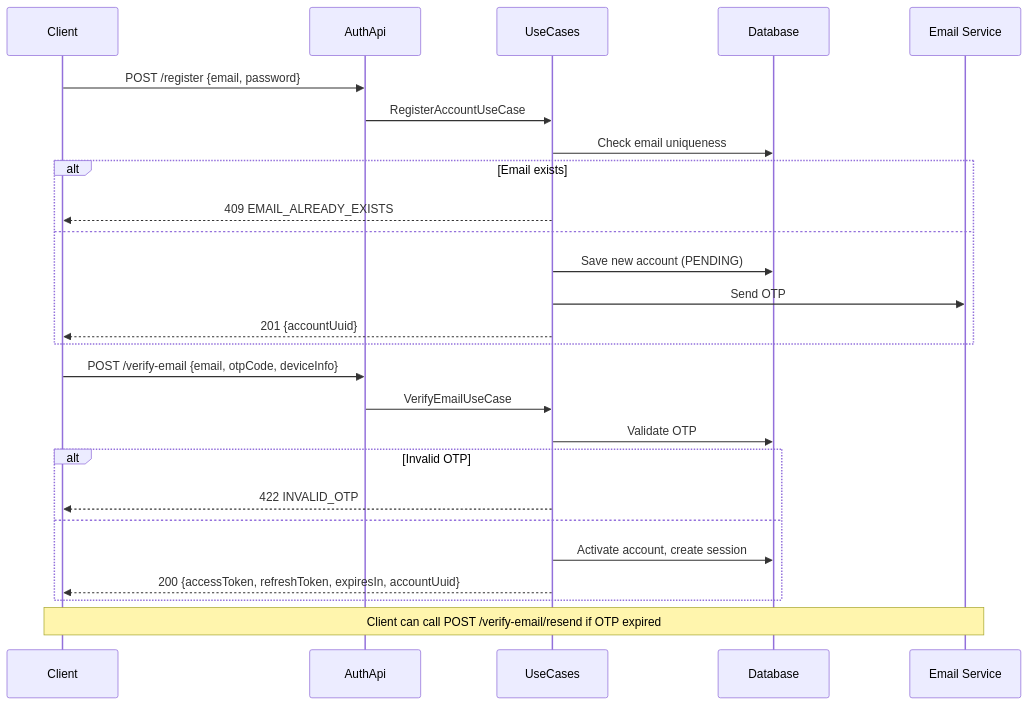
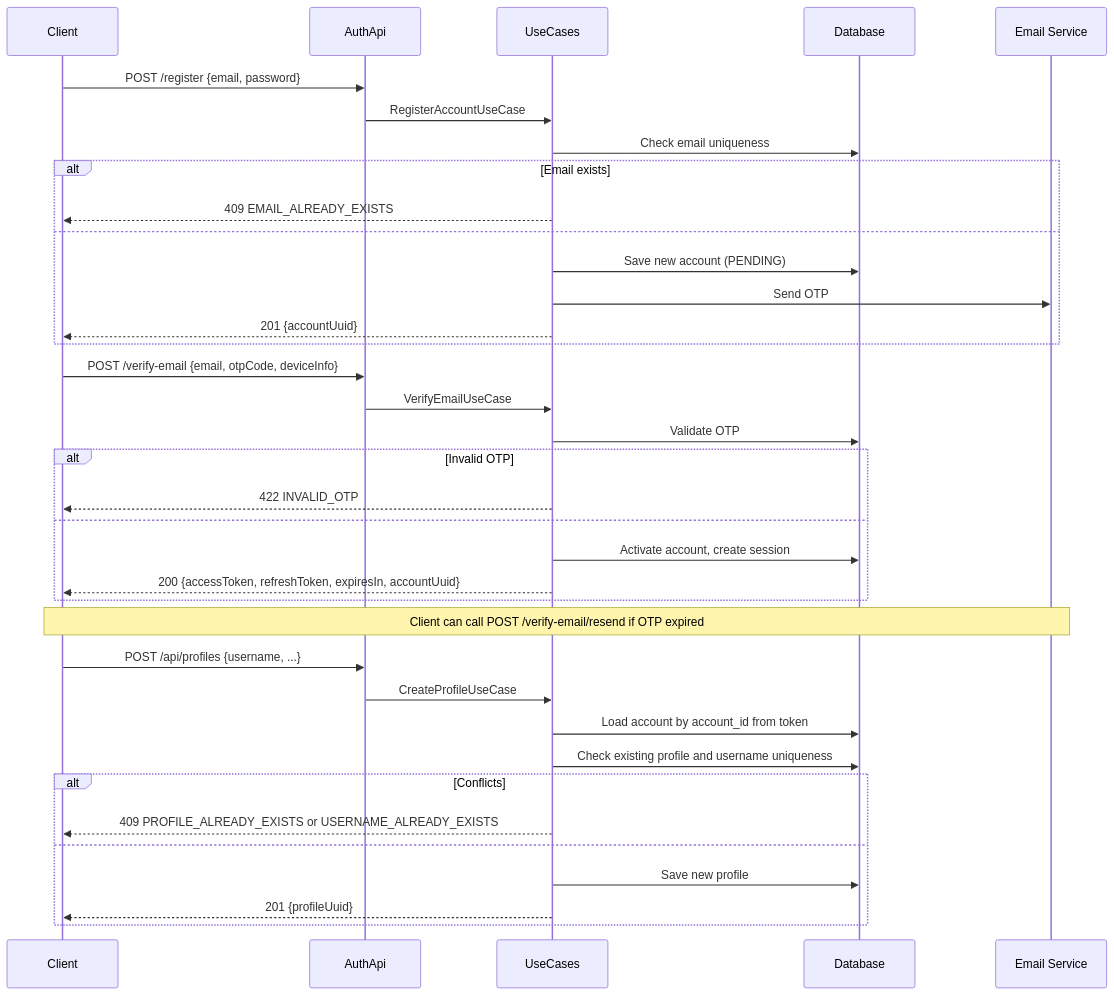
The diagram in docs/auth/registration-flow.md (ninggiangboy/esab), drawn with Mermaid before and after one commit. The commit also changed other lines of this file and 75 other files, not shown here.

Commit message:
feat: refactor identity model structure, enhance account and profile operations, and add comprehensive test cases

````diff
--- a/docs/auth/registration-flow.md
+++ b/docs/auth/registration-flow.md
@@ -97,31 +129,42 @@
 ```mermaid
 sequenceDiagram
     participant C as Client
     participant API as AuthApi
     participant UC as UseCases
     participant DB as Database
     participant Mail as Email Service
 
     C->>API: POST /register {email, password}
     API->>UC: RegisterAccountUseCase
     UC->>DB: Check email uniqueness
     alt Email exists
         UC-->>C: 409 EMAIL_ALREADY_EXISTS
     else
         UC->>DB: Save new account (PENDING)
         UC->>Mail: Send OTP
         UC-->>C: 201 {accountUuid}
     end
 
     C->>API: POST /verify-email {email, otpCode, deviceInfo}
     API->>UC: VerifyEmailUseCase
     UC->>DB: Validate OTP
     alt Invalid OTP
         UC-->>C: 422 INVALID_OTP
     else
         UC->>DB: Activate account, create session
         UC-->>C: 200 {accessToken, refreshToken, expiresIn, accountUuid}
     end
 
     Note over C,Mail: Client can call POST /verify-email/resend if OTP expired
+
+    C->>API: POST /api/profiles {username, ...}
+    API->>UC: CreateProfileUseCase
+    UC->>DB: Load account by account_id from token
+    UC->>DB: Check existing profile and username uniqueness
+    alt Conflicts
+        UC-->>C: 409 PROFILE_ALREADY_EXISTS or USERNAME_ALREADY_EXISTS
+    else
+        UC->>DB: Save new profile
+        UC-->>C: 201 {profileUuid}
+    end
 ```
````
